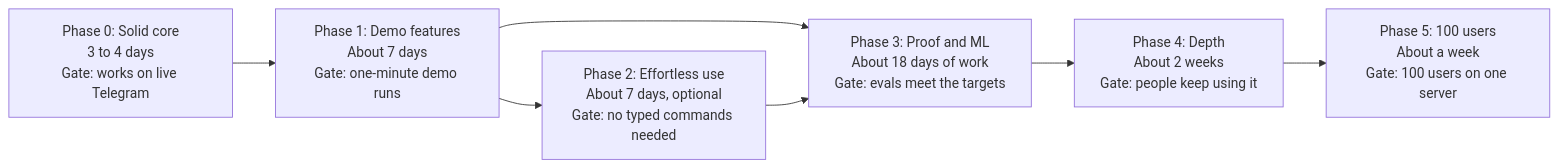
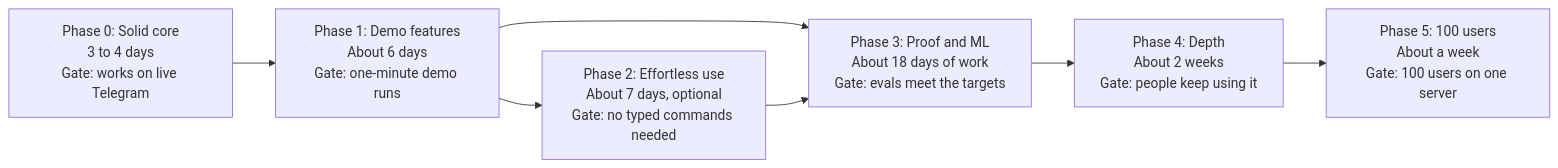
The diagram in docs/ROADMAP.md (KeertanaSG/recall), drawn with Mermaid before and after one commit. The commit also changed other lines of this file, not shown here.

Commit message:
Update roadmap with the gateway work and hardening plan

````diff
--- a/docs/ROADMAP.md
+++ b/docs/ROADMAP.md
@@ -73,16 +77,16 @@
 ```mermaid
 flowchart LR
     P0["Phase 0: Solid core<br/>3 to 4 days<br/>Gate: works on live Telegram"]
-    P1["Phase 1: Demo features<br/>About 7 days<br/>Gate: one-minute demo runs"]
+    P1["Phase 1: Demo features<br/>About 6 days<br/>Gate: one-minute demo runs"]
     P2["Phase 2: Effortless use<br/>About 7 days, optional<br/>Gate: no typed commands needed"]
     P3["Phase 3: Proof and ML<br/>About 18 days of work<br/>Gate: evals meet the targets"]
     P4["Phase 4: Depth<br/>About 2 weeks<br/>Gate: people keep using it"]
     P5["Phase 5: 100 users<br/>About a week<br/>Gate: 100 users on one server"]
 
     P0 --> P1
     P1 --> P2
     P1 --> P3
     P2 --> P3
     P3 --> P4
     P4 --> P5
 ```
````
